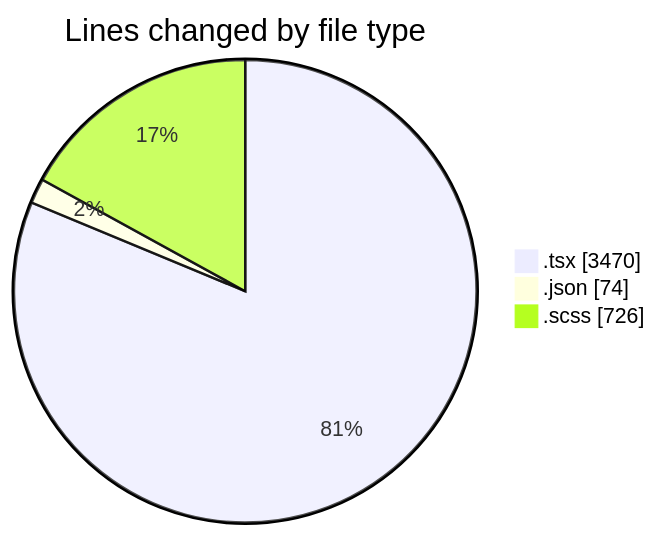
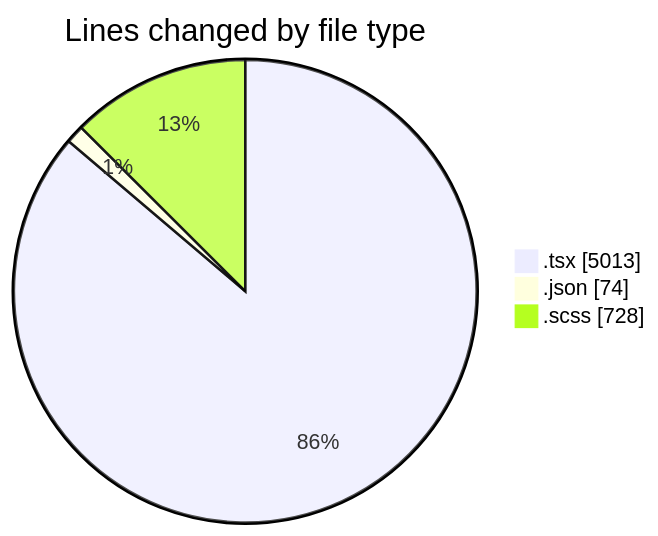
The first of 2 diagrams in 2025-04-08/cda/README.md (momahboobian/code-tracking), drawn with Mermaid before and after one commit. The commit also changed other lines of this file and 1 other file, not shown here.

````diff
--- a/2025-04-08/cda/README.md
+++ b/2025-04-08/cda/README.md
@@ -33,7 +35,7 @@
 ```mermaid
 pie showData
 title Lines changed by file type
-".tsx" : 3470
+".tsx" : 5013
 ".json" : 74
-".scss" : 726
+".scss" : 728
 ```
````
